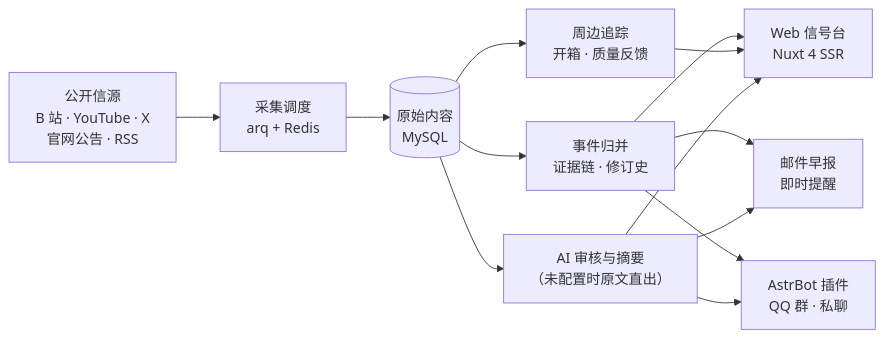
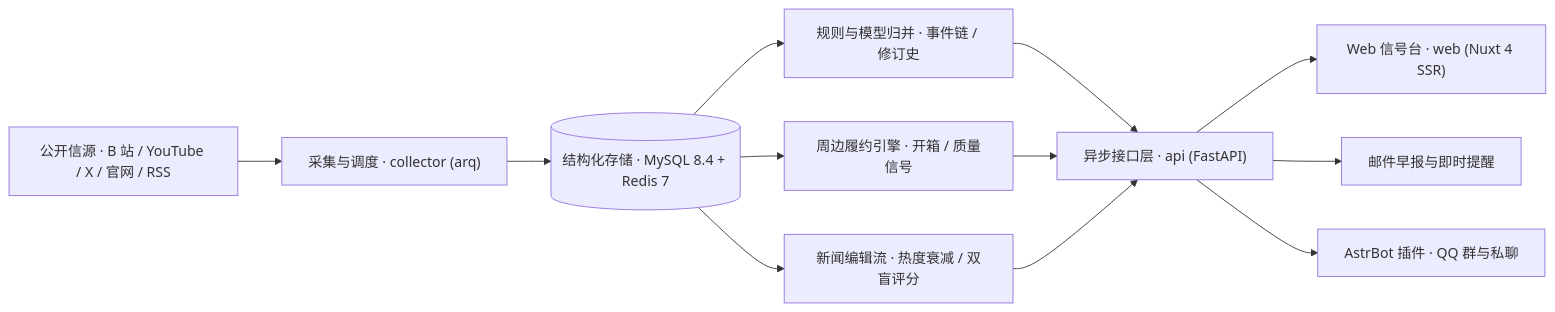
The diagram in README.md (tianyin231/AniSignal), drawn with Mermaid before and after one commit. The commit also changed other lines of this file and 1 other file, not shown here.

````diff
--- a/README.md
+++ b/README.md
@@ -87,15 +88,14 @@
 ```mermaid
 flowchart LR
-    S["公开信源<br/>B 站 · YouTube · X<br/>官网公告 · RSS"] --> Q["采集调度<br/>arq + Redis"]
-    Q --> R[("原始内容<br/>MySQL")]
-    R --> E["事件归并<br/>证据链 · 修订史"]
-    R --> P["周边追踪<br/>开箱 · 质量反馈"]
-    R --> A["AI 审核与摘要<br/>（未配置时原文直出）"]
-    E --> W["Web 信号台<br/>Nuxt 4 SSR"]
-    P --> W
-    A --> W
-    E --> M["邮件早报<br/>即时提醒"]
-    A --> M
-    E --> B["AstrBot 插件<br/>QQ 群 · 私聊"]
-    A --> B
+    S["公开信源 · B 站 / YouTube / X / 官网 / RSS"] --> C["采集与调度 · collector (arq)"]
+    C --> DB[("结构化存储 · MySQL 8.4 + Redis 7")]
+    DB --> E["规则与模型归并 · 事件链 / 修订史"]
+    DB --> P["周边履约引擎 · 开箱 / 质量信号"]
+    DB --> N["新闻编辑流 · 热度衰减 / 双盲评分"]
+    E --> API["异步接口层 · api (FastAPI)"]
+    P --> API
+    N --> API
+    API --> W["Web 信号台 · web (Nuxt 4 SSR)"]
+    API --> M["邮件早报与即时提醒"]
+    API --> B["AstrBot 插件 · QQ 群与私聊"]
 ```
````
